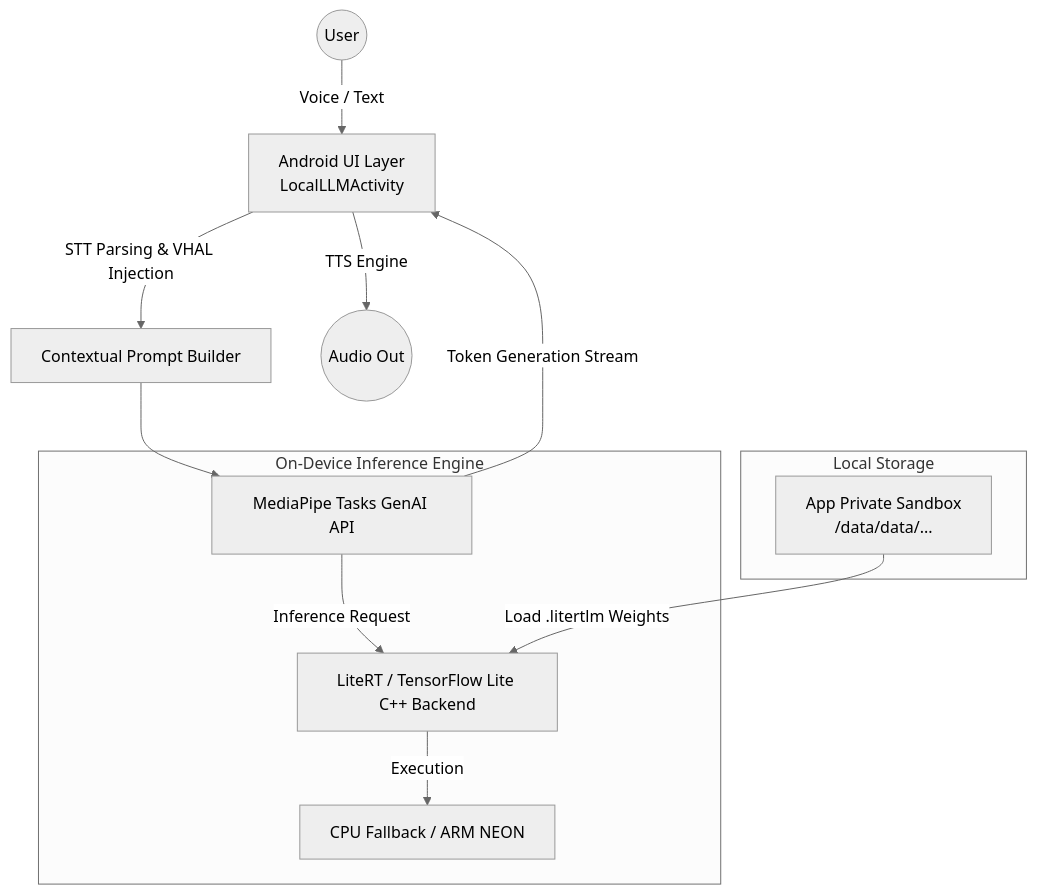
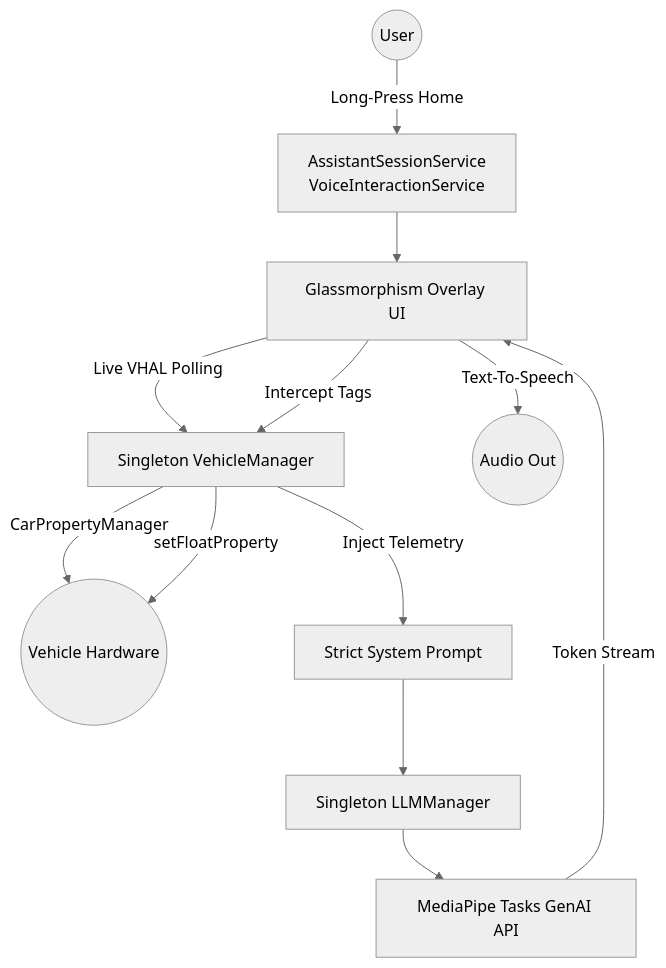
One commit to hemangpandhi/ai-assistant changed the diagram in README.md. Above: the diagram before and after it, drawn with Mermaid (neutral theme). The commit also changed other lines of this file, not shown here.

Commit message:
docs: Update README with System-Level Digital Assistant architecture, VHAL integration, and TTS features

````diff
--- a/README.md
+++ b/README.md
@@ -20,17 +20,14 @@
 ```mermaid
 graph TD
-    User((User)) -->|Voice / Text| UI[Android UI Layer\nLocalLLMActivity]
-    UI --> |STT Parsing & VHAL Injection| SystemPrompt[Contextual Prompt Builder]
-    SystemPrompt --> MediaPipe[MediaPipe Tasks GenAI API]
-    MediaPipe --> |Token Generation Stream| UI
-    UI --> |TTS Engine| SpokenOutput((Audio Out))
-    
-    subgraph On-Device Inference Engine
-        MediaPipe --> |Inference Request| TFLite[LiteRT / TensorFlow Lite C++ Backend]
-        TFLite --> |Execution| CPU[CPU Fallback / ARM NEON]
-    end
-    
-    subgraph Local Storage
-        Storage[App Private Sandbox\n/data/data/...] --> |Load .litertlm Weights| TFLite
-    end
+    User((User)) -->|Long-Press Home| Service[AssistantSessionService\nVoiceInteractionService]
+    Service --> UI[Glassmorphism Overlay UI]
+    UI --> |Live VHAL Polling| VehicleManager[Singleton VehicleManager]
+    VehicleManager --> |CarPropertyManager| VHAL((Vehicle Hardware))
+    VehicleManager --> |Inject Telemetry| SystemPrompt[Strict System Prompt]
+    SystemPrompt --> LLMManager[Singleton LLMManager]
+    LLMManager --> MediaPipe[MediaPipe Tasks GenAI API]
+    MediaPipe --> |Token Stream| UI
+    UI --> |Intercept Tags| VehicleManager
+    VehicleManager --> |setFloatProperty| VHAL
+    UI --> |Text-To-Speech| SpokenOutput((Audio Out))
 ```
````
